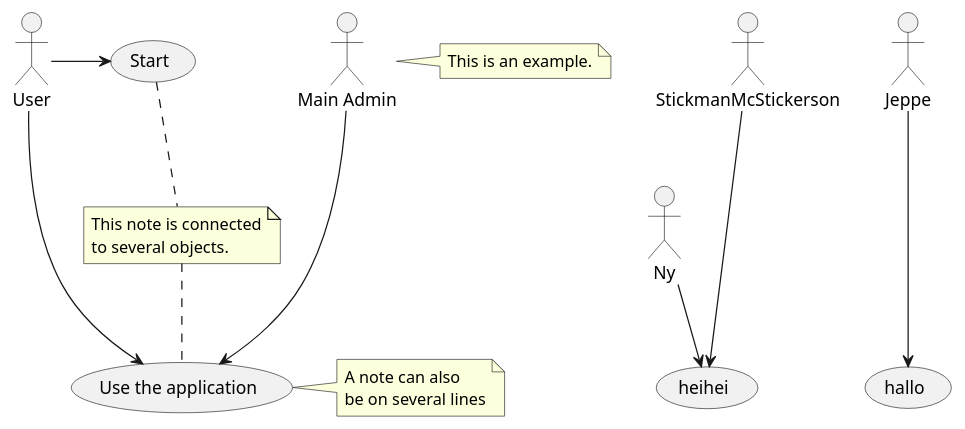
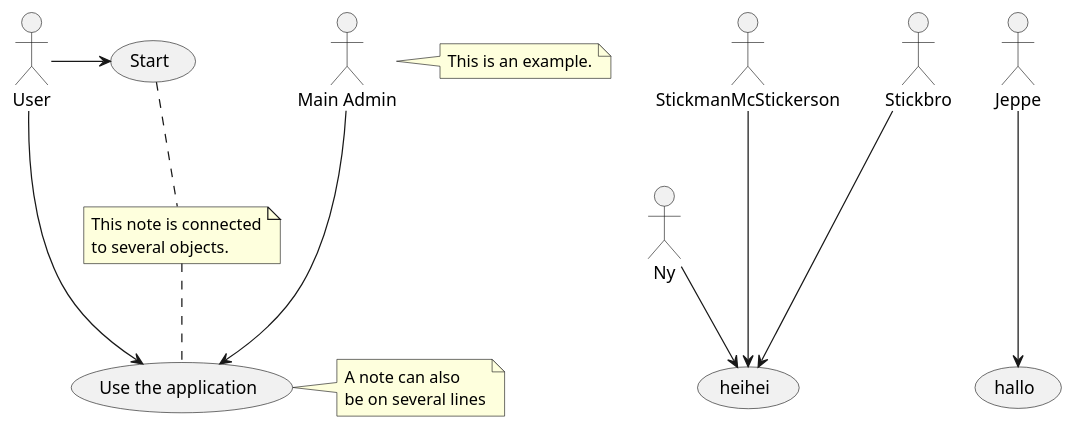
Before and after one commit to SetGruppe6/diagrammer: the diagram in usecase.puml, drawn with PlantUML.

Commit message:
nyeste endring

```diff
--- a/usecase.puml
+++ b/usecase.puml
@@ -1,28 +1,29 @@
 @startuml
 :Main Admin: as Admin
 (Use the application) as (Use)
 
 User -> (Start)
 User --> (Use)
 
 Admin ---> (Use)
 
 
 Ny--> (heihei)
 Jeppe---> (hallo)
 
 StickmanMcStickerson ---> (heihei)
+Stickbro ---> (heihei)
 
 
 
 note right of Admin : This is an example.
 
 note right of (Use)
 A note can also
 be on several lines
 end note
 
 note "This note is connected\nto several objects." as N2
 (Start) .. N2
 N2 .. (Use)
 @enduml
```
